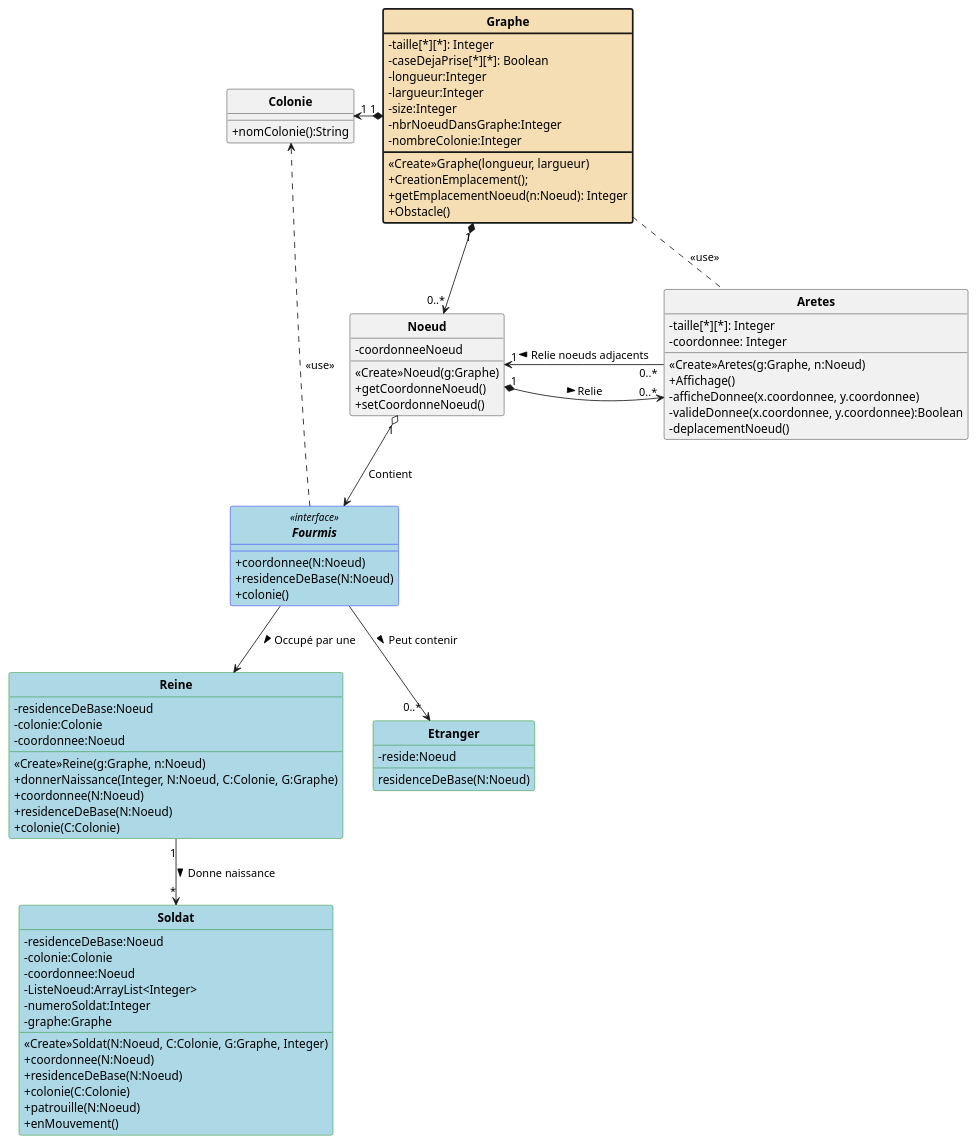
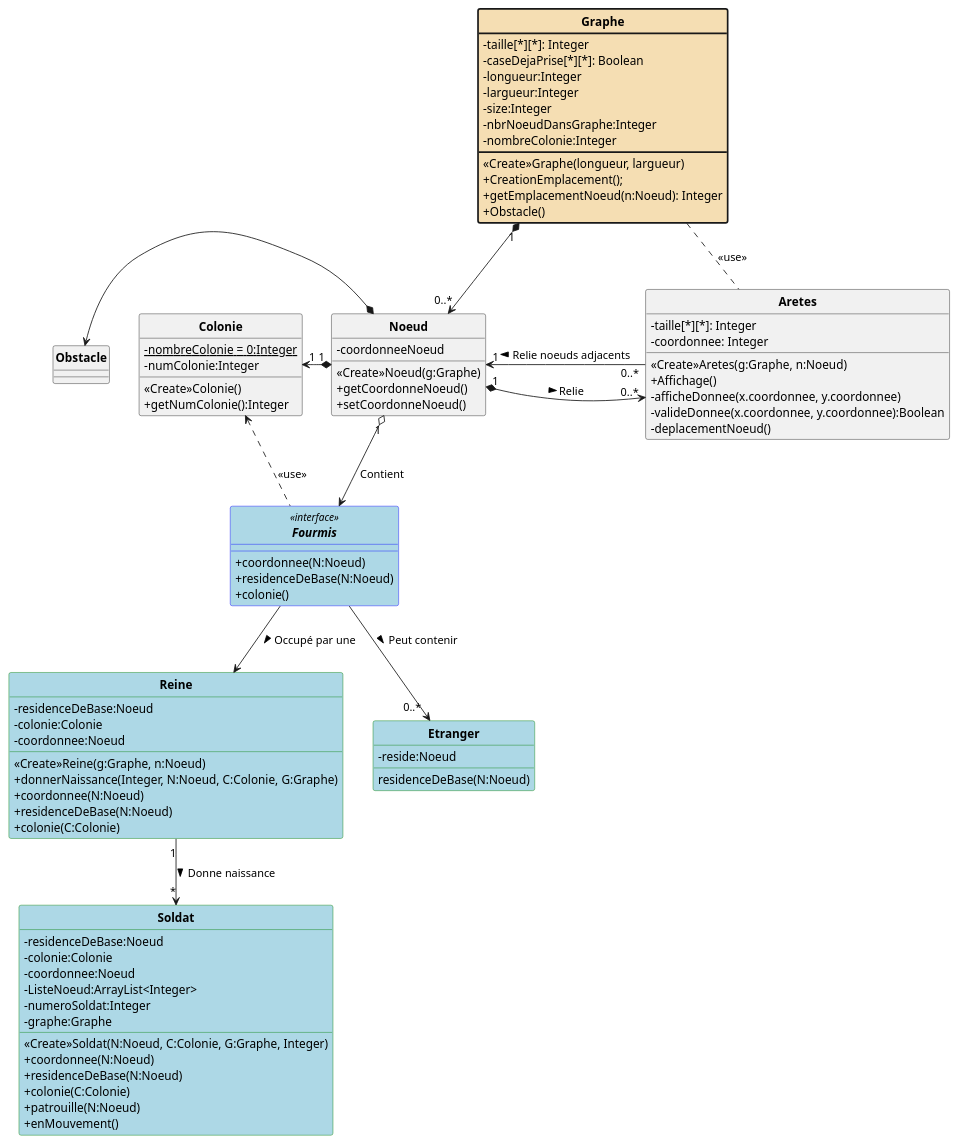
One commit to jvondermarck/ant-colony changed the diagram in plantUML/V1/Fourmis_DC_Conception.puml. Above: the diagram before and after it, drawn with PlantUML. The commit also changed 8 other files, not shown here.

```diff
--- a/plantUML/V1/Fourmis_DC_Conception.puml
+++ b/plantUML/V1/Fourmis_DC_Conception.puml
@@ -1,100 +1,108 @@
 @startuml
 'https://plantuml.com/class-diagram
 
 skinparam style strictuml
 skinparam classAttributeIconSize 0
 skinparam classFontStyle Bold
 hide enum methods
 
 class Graphe #back:Wheat;line.bold {
     -taille[*][*]: Integer
     -caseDejaPrise[*][*]: Boolean
     -longueur:Integer
     -largueur:Integer
     -size:Integer
     -nbrNoeudDansGraphe:Integer
     -nombreColonie:Integer
 
     <<Create>>Graphe(longueur, largueur)
     +CreationEmplacement();
     +getEmplacementNoeud(n:Noeud): Integer
     +Obstacle()
 }
 
 
 class Noeud{
     -coordonneeNoeud
 
     <<Create>>Noeud(g:Graphe)
     +getCoordonneNoeud()
     +setCoordonneNoeud()
 }
 
 class Aretes {
     -taille[*][*]: Integer
     -coordonnee: Integer
 
     <<Create>>Aretes(g:Graphe, n:Noeud)
     +Affichage()
     -afficheDonnee(x.coordonnee, y.coordonnee)
     -valideDonnee(x.coordonnee, y.coordonnee):Boolean
     -deplacementNoeud()
 }
 
 class Colonie {
-    +nomColonie():String
+    -{static} nombreColonie = 0:Integer
+    -numColonie:Integer
+    <<Create>>Colonie()
+    +getNumColonie():Integer
+}
+
+class Obstacle {
+
 }
 
 interface Fourmis <<interface>> #lightblue;line:blue {
     +coordonnee(N:Noeud)
     +residenceDeBase(N:Noeud)
     +colonie()
 }
 class Reine #lightblue;line:green {
     -residenceDeBase:Noeud
     -colonie:Colonie
     -coordonnee:Noeud
 
     <<Create>>Reine(g:Graphe, n:Noeud)
     +donnerNaissance(Integer, N:Noeud, C:Colonie, G:Graphe)
     +coordonnee(N:Noeud)
     +residenceDeBase(N:Noeud)
     +colonie(C:Colonie)
 }
 
 class Soldat #lightblue;line:green {
     -residenceDeBase:Noeud
     -colonie:Colonie
     -coordonnee:Noeud
     -ListeNoeud:ArrayList<Integer>
     -numeroSoldat:Integer
     -graphe:Graphe
 
     <<Create>>Soldat(N:Noeud, C:Colonie, G:Graphe, Integer)
     +coordonnee(N:Noeud)
     +residenceDeBase(N:Noeud)
     +colonie(C:Colonie)
     +patrouille(N:Noeud)
     +enMouvement()
 }
 
 class Etranger #lightblue;line:green{
     -reside:Noeud
     residenceDeBase(N:Noeud)
 }
 
 
 Graphe "1" *--> "0..*" Noeud
-Graphe "1" *-left-> "1" Colonie
 
 Noeud "\n1" *-> "0..*" Aretes : \n Relie  >
 Aretes "0..*" -> "1" Noeud : Relie noeuds adjacents >
 
 Graphe .. Aretes : <<use>>
+Noeud "1" *-left> "1" Colonie
+Noeud *-left> Obstacle
 Colonie <.. Fourmis : <<use>>
 Noeud "1" o--> Fourmis : Contient
 Fourmis --> Reine : Occupé par une >
 Fourmis --> "\t\t0..*" Etranger : Peut contenir >
 Reine "1" --> "*" Soldat : Donne naissance >
 
 @enduml
```
